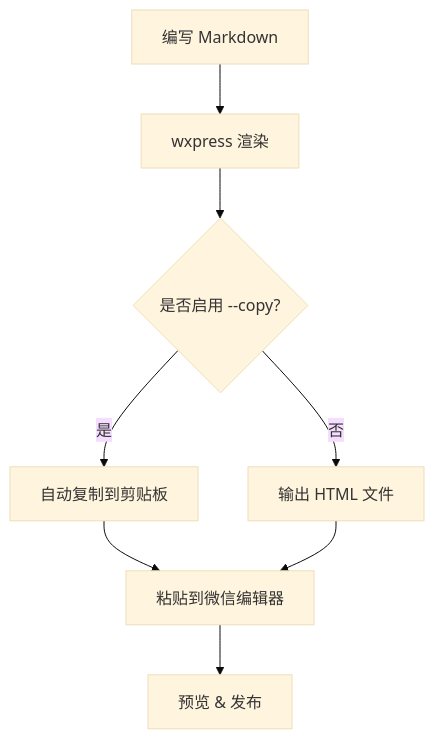
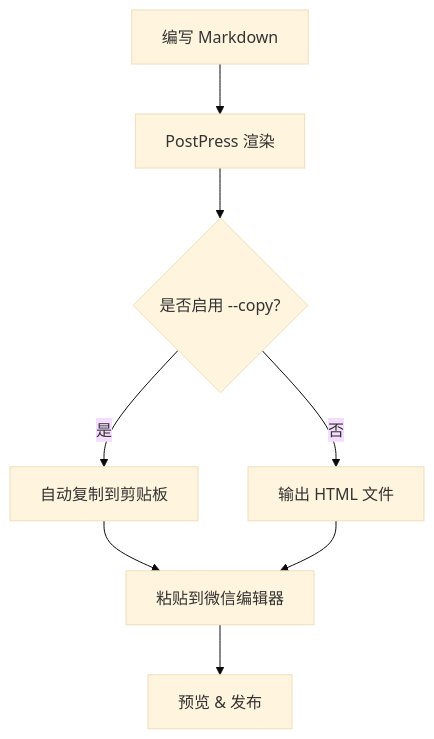
The second of 3 diagrams in test/fixtures/visual-test.md (liustack/mdpress), drawn with Mermaid (base theme) before and after one commit. The commit also changed other lines of this file and 24 other files, not shown here.

Commit message:
feat!: rename WxPress to PostPress

````diff
--- a/test/fixtures/visual-test.md
+++ b/test/fixtures/visual-test.md
@@ -161,10 +161,10 @@
 ```mermaid
 graph TD
-    A[编写 Markdown] --> B[wxpress 渲染]
+    A[编写 Markdown] --> B[PostPress 渲染]
     B --> C{是否启用 --copy?}
     C -->|是| D[自动复制到剪贴板]
     C -->|否| E[输出 HTML 文件]
     D --> F[粘贴到微信编辑器]
     E --> F
     F --> G[预览 & 发布]
 ```
````
